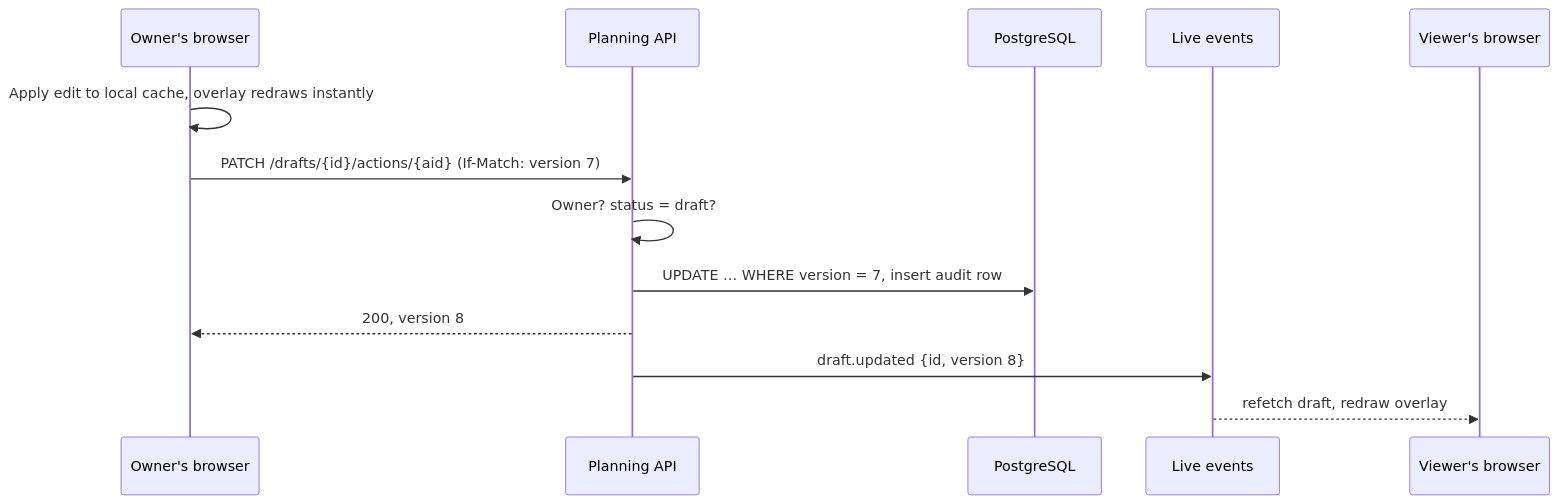
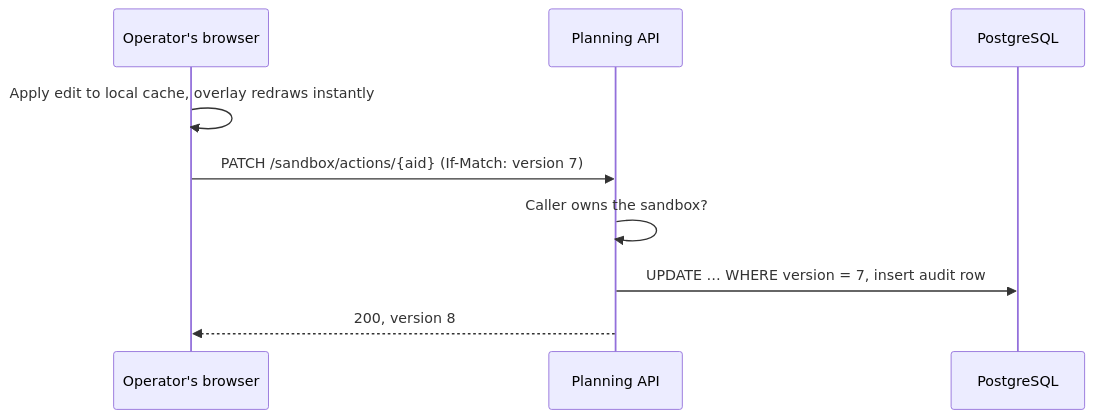
One commit to WeirdSailor/modeling-framework changed the fourth of 5 diagrams in Docs/drafts-architecture.md. Above: the diagram before and after it, drawn with Mermaid. The commit also changed other lines of this file and 1 other file, not shown here.

First line of the commit message:
docs: apply sandbox and scenarios briefs to drafts architecture

````diff
--- a/Docs/drafts-architecture.md
+++ b/Docs/drafts-architecture.md
@@ -811,15 +1010,11 @@
 ```mermaid
 sequenceDiagram
-  participant U as Owner's browser
+  participant U as Operator's browser
   participant A as Planning API
   participant D as PostgreSQL
-  participant R as Live events
-  participant V as Viewer's browser
   U->>U: Apply edit to local cache, overlay redraws instantly
-  U->>A: PATCH /drafts/{id}/actions/{aid}  (If-Match: version 7)
-  A->>A: Owner? status = draft?
+  U->>A: PATCH /sandbox/actions/{aid}  (If-Match: version 7)
+  A->>A: Caller owns the sandbox?
   A->>D: UPDATE … WHERE version = 7, insert audit row
   A-->>U: 200, version 8
-  A->>R: draft.updated {id, version 8}
-  R-->>V: refetch draft, redraw overlay
 ```
````
